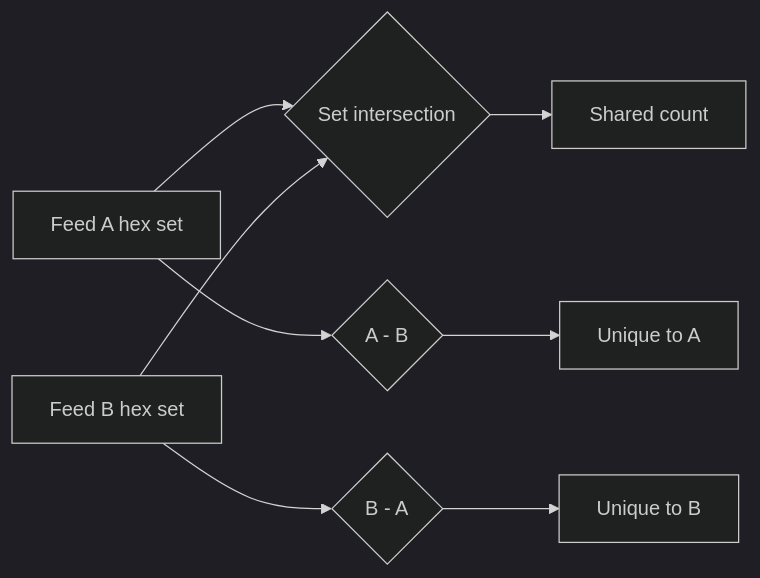
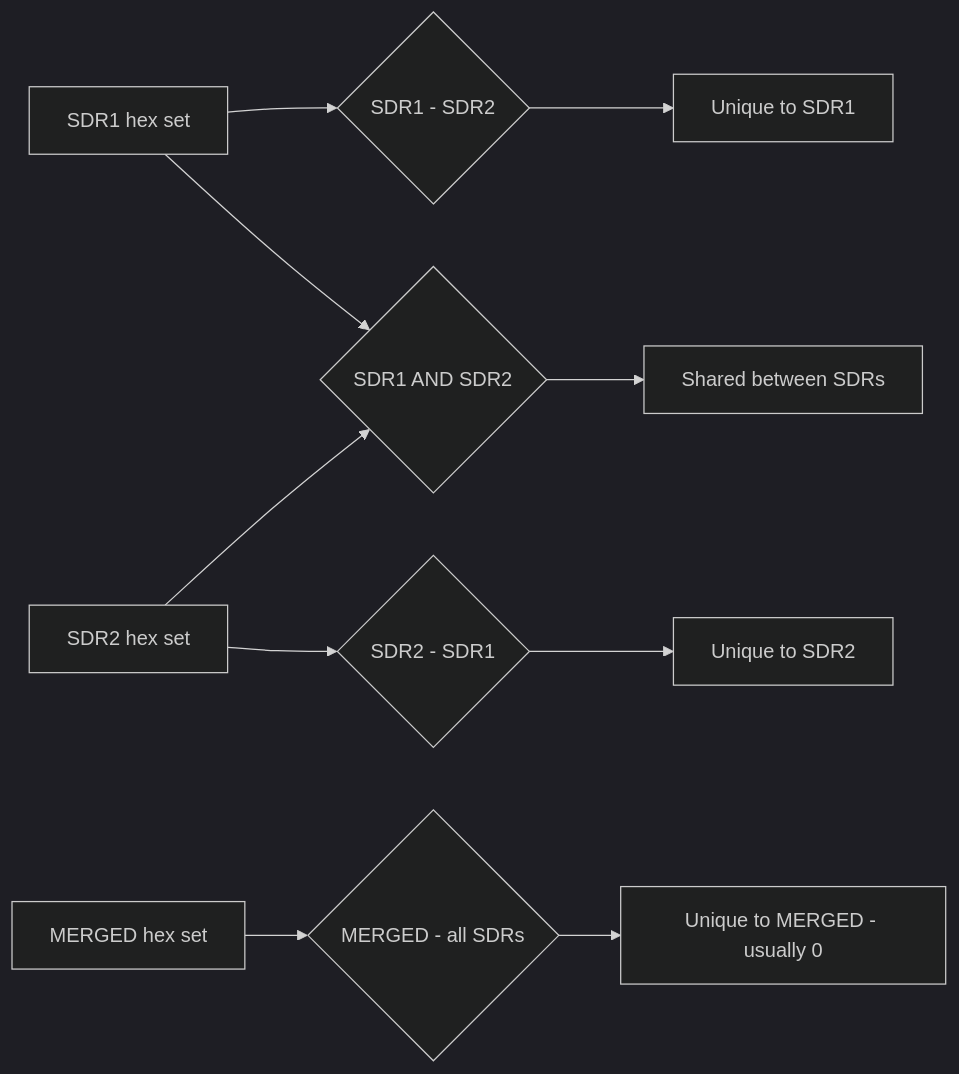
The third of 5 diagrams in docs/data-flow.md (disappointingsupernova/readsb-feed-dashboard), drawn with Mermaid (dark theme) before and after one commit. The commit also changed other lines of this file and 6 other files, not shown here.

````diff
--- a/docs/data-flow.md
+++ b/docs/data-flow.md
@@ -32,12 +58,15 @@
 ```mermaid
 flowchart LR
-    A[Feed A hex set] --> Intersect{Set intersection}
-    B[Feed B hex set] --> Intersect
-    Intersect --> Shared[Shared count]
+    A[SDR1 hex set] --> DiffAB{SDR1 - SDR2}
+    DiffAB --> UniqueA[Unique to SDR1]
 
-    A --> DiffAB{A - B}
-    DiffAB --> UniqueA[Unique to A]
+    B[SDR2 hex set] --> DiffBA{SDR2 - SDR1}
+    DiffBA --> UniqueB[Unique to SDR2]
 
-    B --> DiffBA{B - A}
-    DiffBA --> UniqueB[Unique to B]
+    A --> Intersect{SDR1 AND SDR2}
+    B --> Intersect
+    Intersect --> Shared[Shared between SDRs]
+
+    C[MERGED hex set] --> DiffM{MERGED - all SDRs}
+    DiffM --> UniqueM[Unique to MERGED - usually 0]
 ```
````
